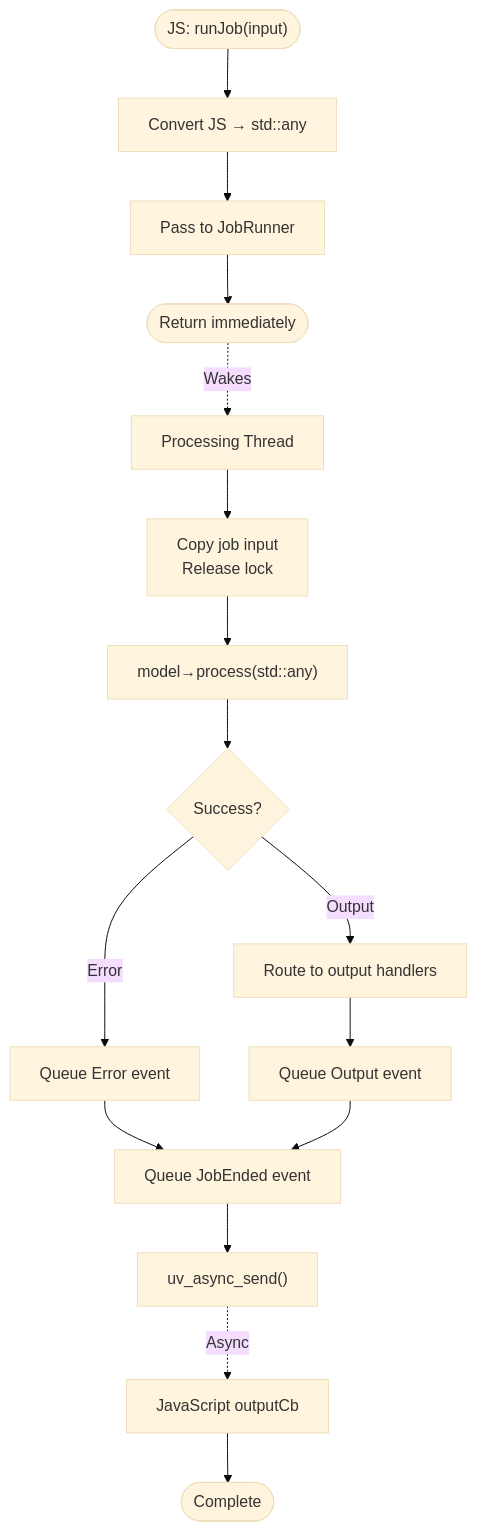
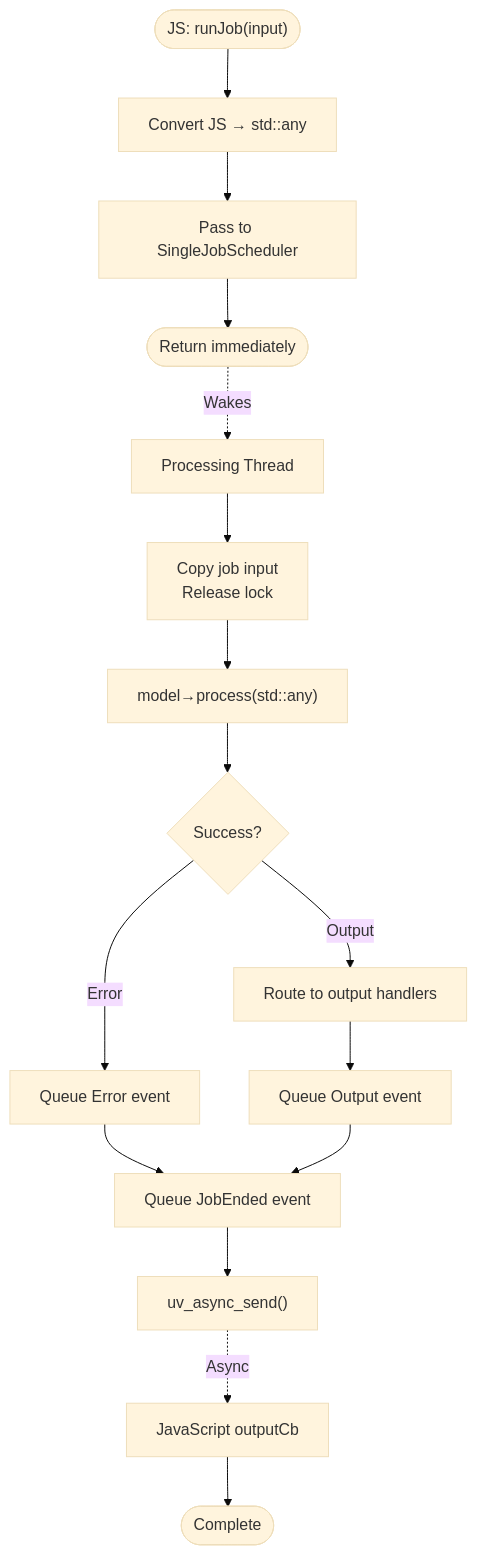
Before and after one commit to tetherto/qvac: the second of 2 diagrams in packages/inference-addon-cpp/docs/data-flows-detailed.md, drawn with Mermaid (base theme). The commit also changed other lines of this file and 3 other files, not shown here.

Commit message:
doc[api]: document 1.3.0 multi-job scheduler, breaking changes, and update stale JobRunner docs

````diff
--- a/packages/inference-addon-cpp/docs/data-flows-detailed.md
+++ b/packages/inference-addon-cpp/docs/data-flows-detailed.md
@@ -134,23 +135,23 @@
 ```mermaid
 flowchart TD
     Start([JS: runJob#40;input#41;]) --> ConvertInput["Convert JS → std::any"]
-    ConvertInput --> PassToRunner["Pass to JobRunner"]
+    ConvertInput --> PassToRunner["Pass to SingleJobScheduler"]
     PassToRunner --> ReturnImmediate([Return immediately])
     
     ReturnImmediate -.->|Wakes| ProcessThread[Processing Thread]
     
     ProcessThread --> CopyInput["Copy job input<br/>Release lock"]
     CopyInput --> CallProcess["model→process#40;std::any#41;"]
     
     CallProcess --> Success{Success?}
     Success -->|Error| HandleError[Queue Error event]
     HandleError --> QueueJobEnded
     
     Success -->|Output| RouteOutput["Route to output handlers"]
     RouteOutput --> QueueOutput[Queue Output event]
     QueueOutput --> QueueJobEnded[Queue JobEnded event]
     
     QueueJobEnded --> TriggerCallback[uv_async_send#40;#41;]
     TriggerCallback -.->|Async| JSCallback[JavaScript outputCb]
     JSCallback --> Done([Complete])
 ```
````
